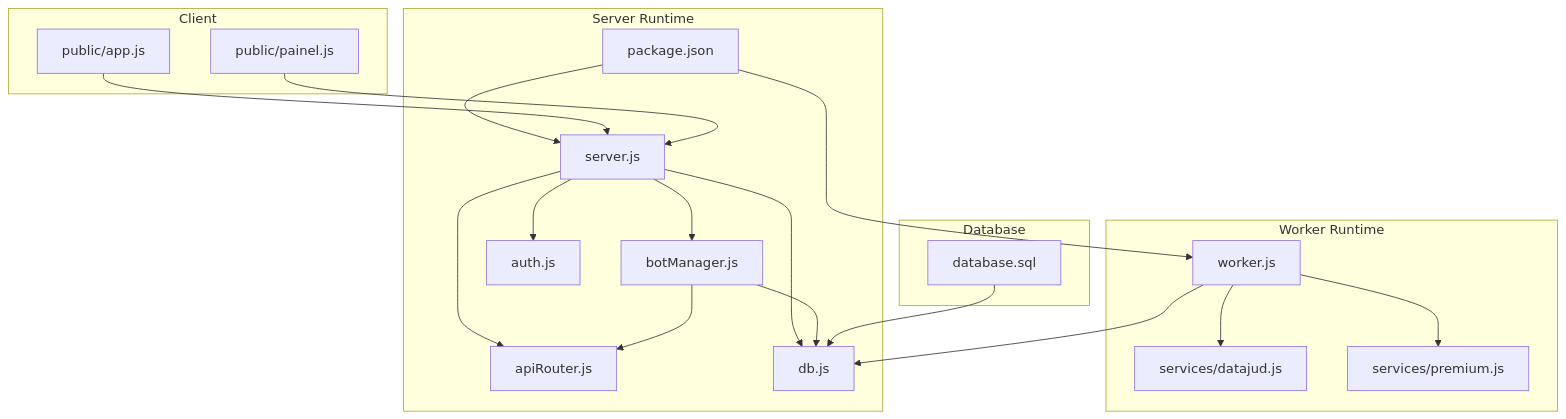
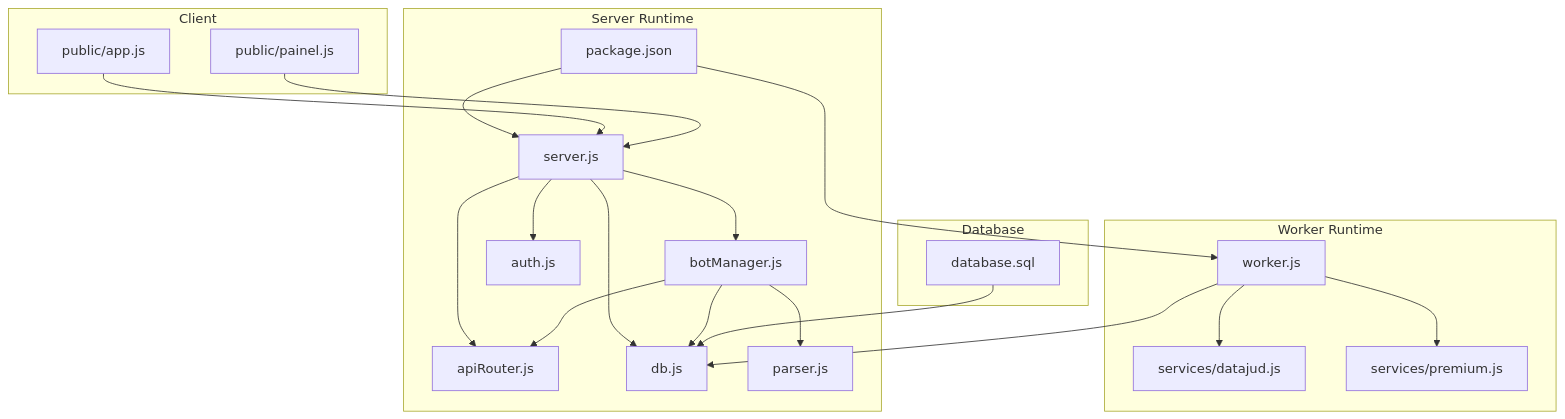
The first of 11 diagrams in .qoder/repowiki/en/content/Telegram Bot Integration/Bot Management System.md (Alexandrexicara/bot-processos), drawn with Mermaid before and after one commit. The commit also changed other lines of this file and 3 other files, not shown here.

````diff
--- a/.qoder/repowiki/en/content/Telegram Bot Integration/Bot Management System.md
+++ b/.qoder/repowiki/en/content/Telegram Bot Integration/Bot Management System.md
@@ -38,37 +47,39 @@
 ```mermaid
 graph TB
 subgraph "Server Runtime"
 S1["server.js"]
 BM["botManager.js"]
 AR["apiRouter.js"]
 AUTH["auth.js"]
 DB["db.js"]
 PJ["package.json"]
+PARSER["parser.js"]
 end
 subgraph "Worker Runtime"
 W1["worker.js"]
 SDJ["services/datajud.js"]
 SP["services/premium.js"]
 end
 subgraph "Database"
 SQL["database.sql"]
 end
 subgraph "Client"
 PUB_APP["public/app.js"]
 PUB_PAINEL["public/painel.js"]
 end
 S1 --> BM
 S1 --> AUTH
 S1 --> DB
 S1 --> AR
 BM --> DB
 BM --> AR
+BM --> PARSER
 W1 --> DB
 W1 --> SDJ
 W1 --> SP
 PJ --> S1
 PJ --> W1
 SQL --> DB
 PUB_APP --> S1
 PUB_PAINEL --> S1
 ```
````
